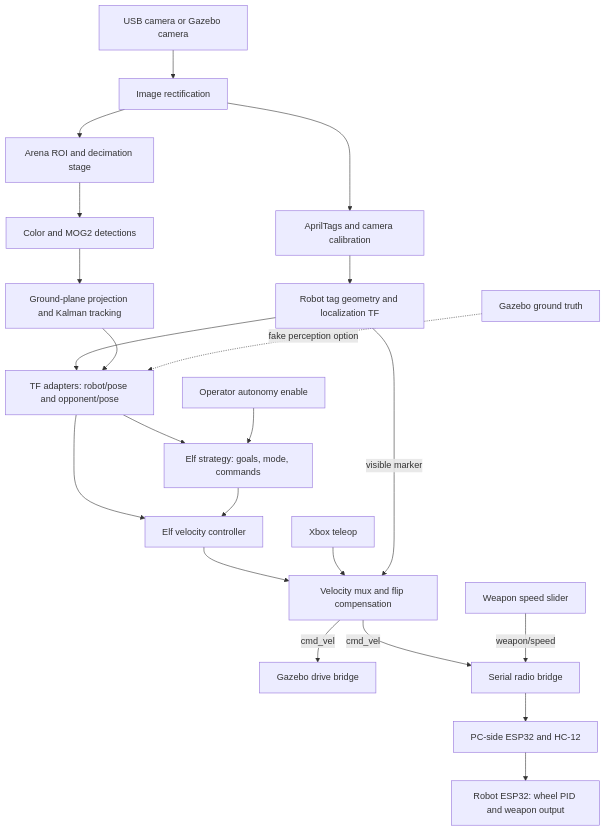
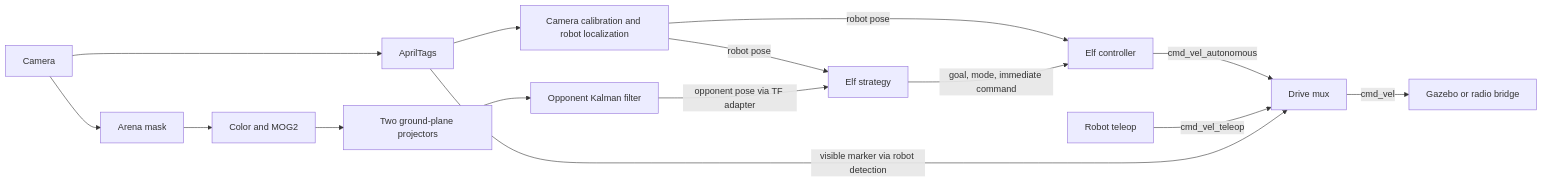
The first of 2 diagrams in docs/architecture.md (eubotx/robofetz_as), drawn with Mermaid before and after one commit. The commit also changed other lines of this file and 11 other files, not shown here.

````diff
--- a/docs/architecture.md
+++ b/docs/architecture.md
@@ -25,24 +17,17 @@
 ```mermaid
-flowchart TD
-    Camera["USB camera or Gazebo camera"] --> Rectify["Image rectification"]
-    Rectify --> Images["Arena ROI and decimation stage"]
-    Rectify --> Tags["AprilTags and camera calibration"]
-    Tags --> Self["Robot tag geometry and localization TF"]
-    Images --> Detect["Color and MOG2 detections"]
-    Detect --> Project["Ground-plane projection and Kalman tracking"]
-    Self --> Poses["TF adapters: robot/pose and opponent/pose"]
-    Project --> Poses
-    Truth["Gazebo ground truth"] -. "fake perception option" .-> Poses
-    Poses --> Strategy["Elf strategy: goals, mode, commands"]
-    Enable["Operator autonomy enable"] --> Strategy
-    Poses --> Control["Elf velocity controller"]
-    Strategy --> Control
-    Control --> Mux["Velocity mux and flip compensation"]
-    Teleop["Xbox teleop"] --> Mux
-    Self -->|visible marker| Mux
-    Mux -->|cmd_vel| Sim["Gazebo drive bridge"]
-    Mux -->|cmd_vel| Radio["Serial radio bridge"]
-    Slider["Weapon speed slider"] -->|weapon/speed| Radio
-    Radio --> USB["PC-side ESP32 and HC-12"]
-    USB --> Robot["Robot ESP32: wheel PID and weapon output"]
+flowchart LR
+  Camera[Camera] --> Tags[AprilTags]
+  Tags --> Self[Camera calibration and robot localization]
+  Camera --> ROI[Arena mask]
+  ROI --> Detectors[Color and MOG2]
+  Detectors --> Proj[Two ground-plane projectors]
+  Proj --> Track[Opponent Kalman filter]
+  Self -->|robot pose| Strategy[Elf strategy]
+  Track -->|opponent pose via TF adapter| Strategy
+  Self -->|robot pose| Controller[Elf controller]
+  Strategy -->|goal, mode, immediate command| Controller
+  Controller -->|cmd_vel_autonomous| Mux[Drive mux]
+  Teleop[Robot teleop] -->|cmd_vel_teleop| Mux
+  Tags -->|visible marker via robot detection| Mux
+  Mux -->|cmd_vel| Drive[Gazebo or radio bridge]
 ```
````
